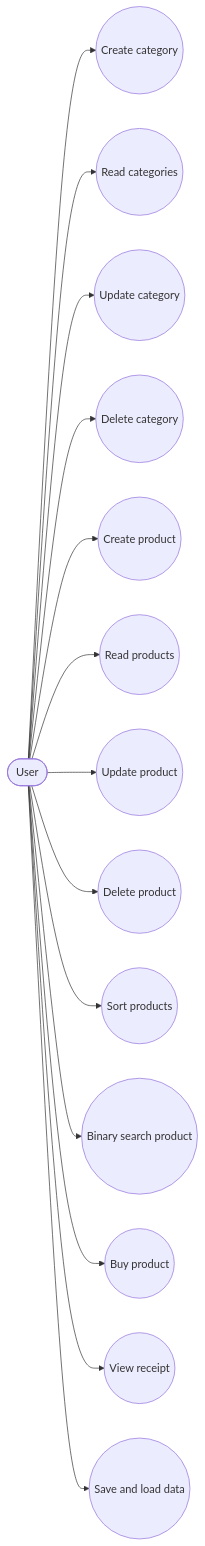
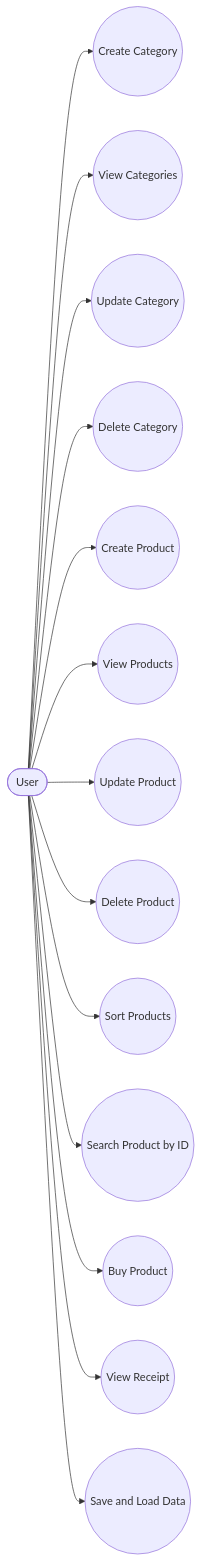
One commit to mikhail2574/sdt-101-final changed the first of 2 diagrams in README.md. Above: the diagram before and after it, drawn with Mermaid. The commit also changed other lines of this file and 3 other files, not shown here.

Commit message:
feat: add product viewing by category and enhance UI for related products

````diff
--- a/README.md
+++ b/README.md
@@ -48,32 +49,32 @@
 ```mermaid
 flowchart LR
     User([User])
 
-    UC1((Create category))
-    UC2((Read categories))
-    UC3((Update category))
-    UC4((Delete category))
-    UC5((Create product))
-    UC6((Read products))
-    UC7((Update product))
-    UC8((Delete product))
-    UC9((Sort products))
-    UC10((Binary search product))
-    UC11((Buy product))
-    UC12((View receipt))
-    UC13((Save and load data))
+    UC1((Create Category))
+    UC2((View Categories))
+    UC3((Update Category))
+    UC4((Delete Category))
+    UC5((Create Product))
+    UC6((View Products))
+    UC7((Update Product))
+    UC8((Delete Product))
+    UC9((Sort Products))
+    UC10((Search Product by ID))
+    UC11((Buy Product))
+    UC12((View Receipt))
+    UC13((Save and Load Data))
 
     User --> UC1
     User --> UC2
     User --> UC3
     User --> UC4
     User --> UC5
     User --> UC6
     User --> UC7
     User --> UC8
     User --> UC9
     User --> UC10
     User --> UC11
     User --> UC12
     User --> UC13
 ```
````
